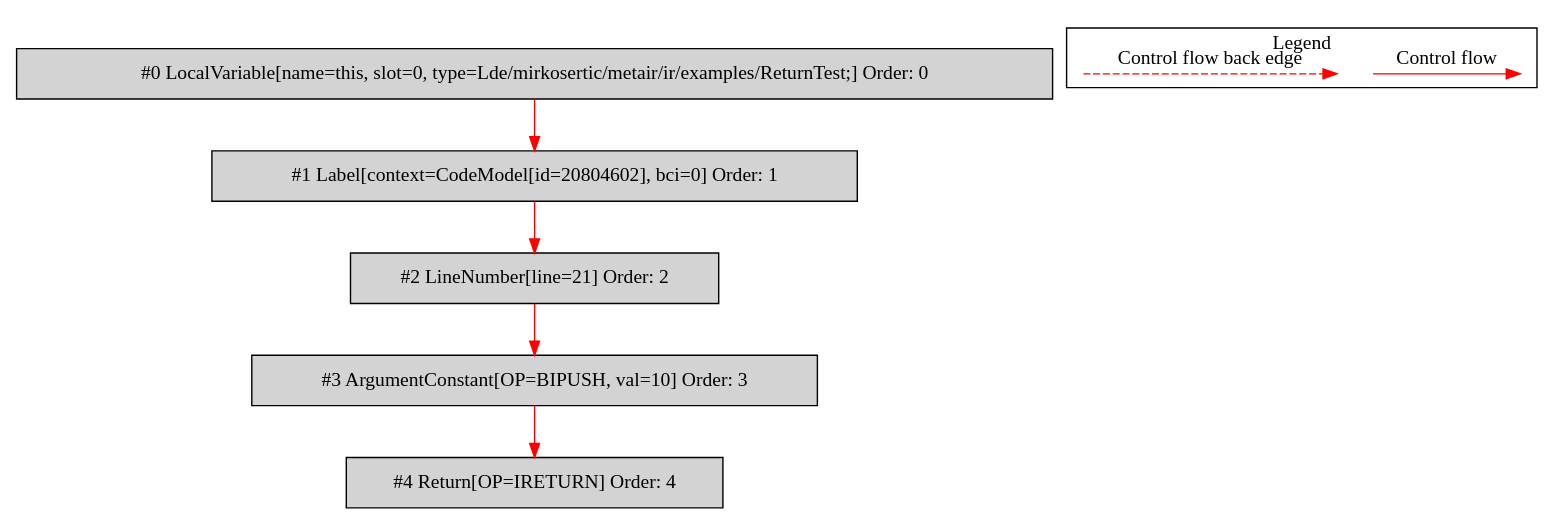
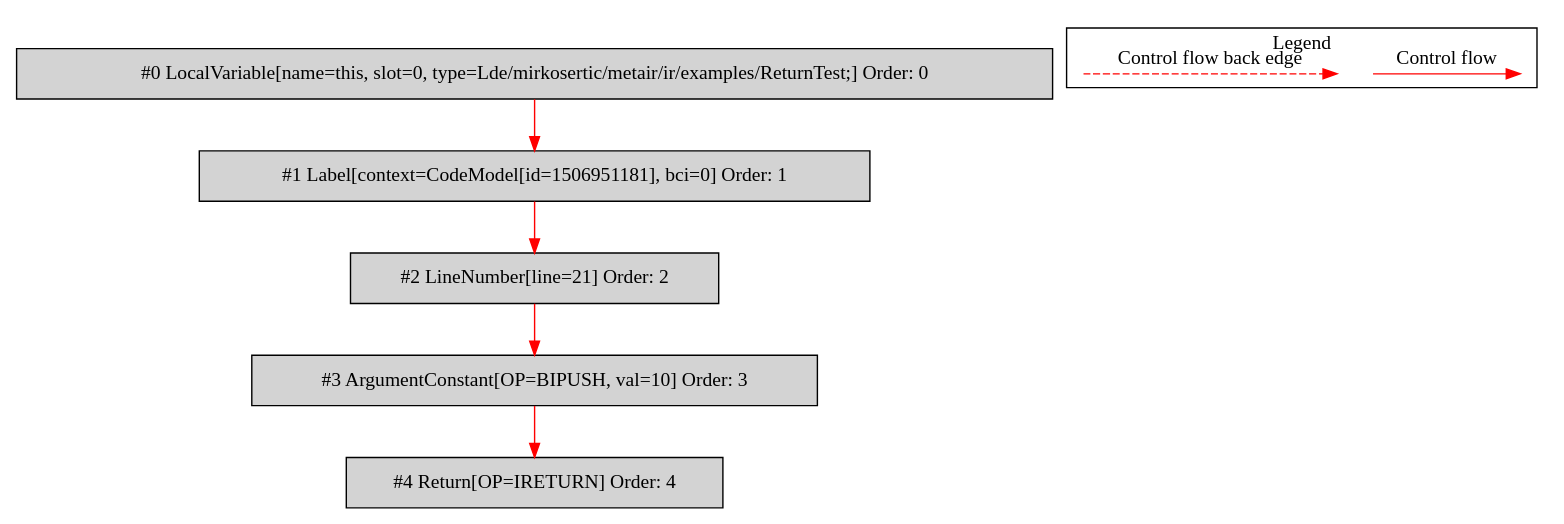
One commit to mirkosertic/MetaIR changed the diagram in de.mirkosertic.metair.ir.examples.ReturnTest/returnShort/bytecodecfg.dot. Above: the diagram before and after it, drawn with Graphviz. The commit also changed 427 other files, not shown here.

```diff
--- a/de.mirkosertic.metair.ir.examples.ReturnTest/returnShort/bytecodecfg.dot
+++ b/de.mirkosertic.metair.ir.examples.ReturnTest/returnShort/bytecodecfg.dot
@@ -1,26 +1,26 @@
 digraph {
  ordering="in";
  node0[label="#0 LocalVariable[name=this, slot=0, type=Lde/mirkosertic/metair/ir/examples/ReturnTest;] Order: 0", shape=box, fillcolor=lightgrey, style=filled];
- node1[label="#1 Label[context=CodeModel[id=20804602], bci=0] Order: 1", shape=box, fillcolor=lightgrey, style=filled];
+ node1[label="#1 Label[context=CodeModel[id=1506951181], bci=0] Order: 1", shape=box, fillcolor=lightgrey, style=filled];
  node2[label="#2 LineNumber[line=21] Order: 2", shape=box, fillcolor=lightgrey, style=filled];
  node3[label="#3 ArgumentConstant[OP=BIPUSH, val=10] Order: 3", shape=box, fillcolor=lightgrey, style=filled];
  node4[label="#4 Return[OP=IRETURN] Order: 4", shape=box, fillcolor=lightgrey, style=filled];
  node0 -> node1[color=red];
  node1 -> node2[color=red];
  node2 -> node3[color=red];
  node3 -> node4[color=red];
  subgraph cluster_000 {
   label = "Legend";
   node [shape=point]
   {
    rank=same;
    c0 [style = invis];
    c1 [style = invis];
    c2 [style = invis];
    c3 [style = invis];
   }
   c0 -> c1 [label="Control flow", style=solid, color=red]
   c2 -> c3 [label="Control flow back edge", style=dashed, color=red]
  }
 
 }
```
